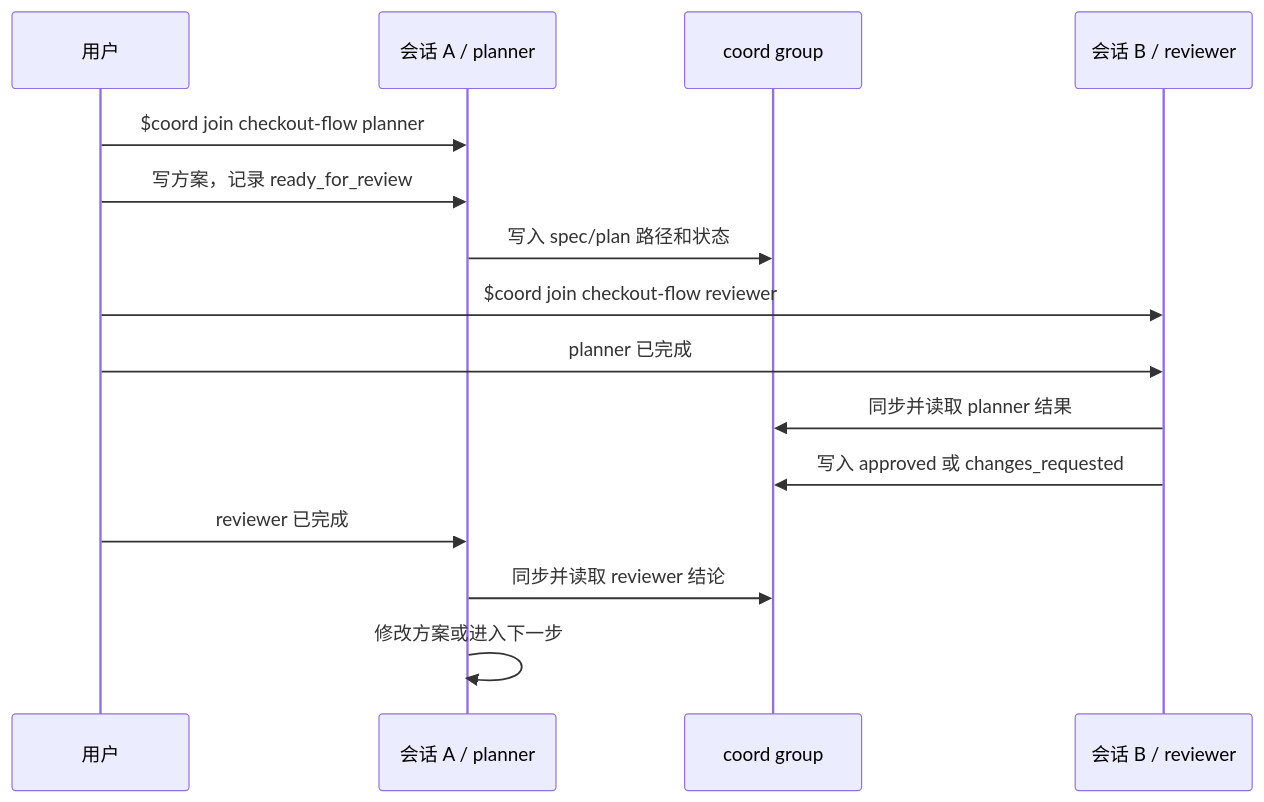
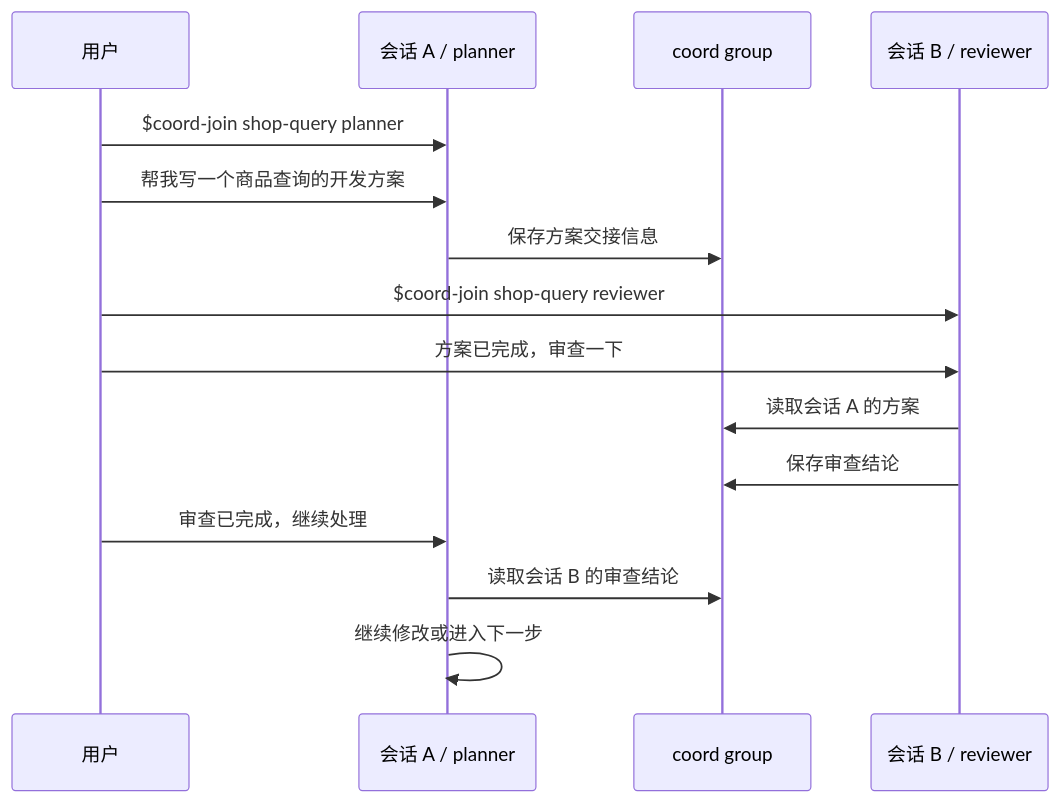
Before and after one commit to wangbiye/coord: the diagram in README.md, drawn with Mermaid. The commit also changed other lines of this file, not shown here.

Commit message:
docs: simplify coord usage flow

````diff
--- a/README.md
+++ b/README.md
@@ -82,18 +87,18 @@
 ```mermaid
 sequenceDiagram
     participant User as 用户
     participant A as 会话 A / planner
     participant Coord as coord group
     participant B as 会话 B / reviewer
 
-    User->>A: $coord join checkout-flow planner
-    User->>A: 写方案，记录 ready_for_review
-    A->>Coord: 写入 spec/plan 路径和状态
-    User->>B: $coord join checkout-flow reviewer
-    User->>B: planner 已完成
-    B->>Coord: 同步并读取 planner 结果
-    B->>Coord: 写入 approved 或 changes_requested
-    User->>A: reviewer 已完成
-    A->>Coord: 同步并读取 reviewer 结论
-    A->>A: 修改方案或进入下一步
+    User->>A: $coord-join shop-query planner
+    User->>A: 帮我写一个商品查询的开发方案
+    A->>Coord: 保存方案交接信息
+    User->>B: $coord-join shop-query reviewer
+    User->>B: 方案已完成，审查一下
+    B->>Coord: 读取会话 A 的方案
+    B->>Coord: 保存审查结论
+    User->>A: 审查已完成，继续处理
+    A->>Coord: 读取会话 B 的审查结论
+    A->>A: 继续修改或进入下一步
 ```
````
